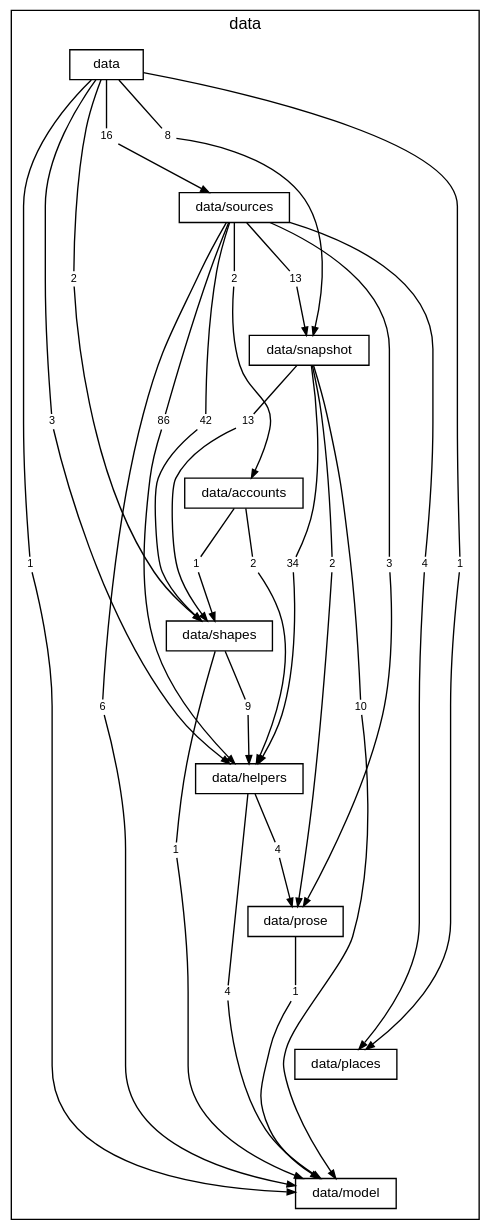
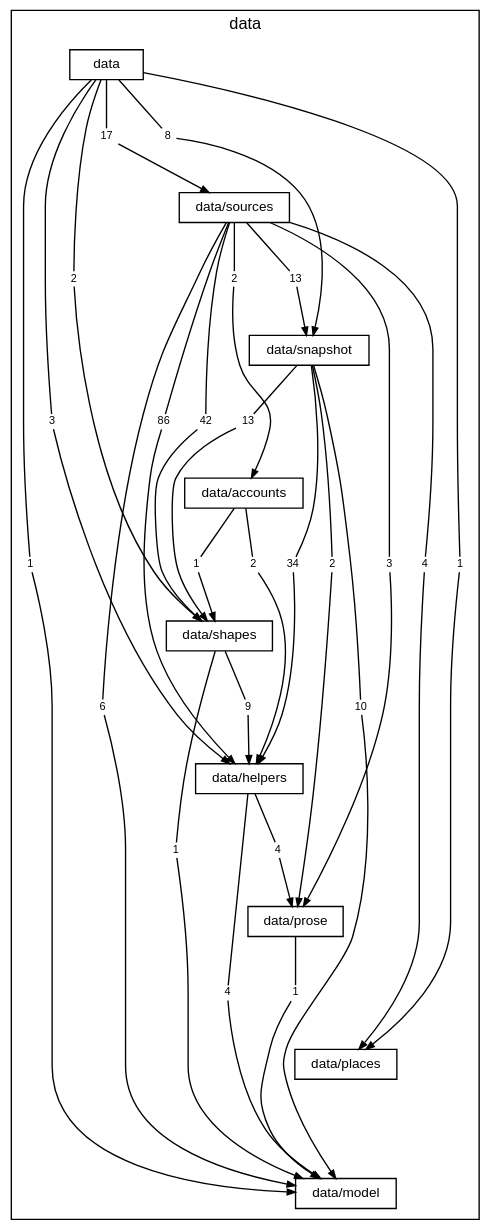
Before and after one commit to TheAxeC/oculus: the diagram in docs/diagrams/layer-data.dot, drawn with Graphviz. The commit also changed 16 other files, not shown here.

```diff
--- a/docs/diagrams/layer-data.dot
+++ b/docs/diagrams/layer-data.dot
@@ -1,97 +1,97 @@
 digraph layer_data {
     graph [bgcolor="transparent", rankdir=TB, newrank=true, mclimit=4, fontname="Helvetica", fontsize=12, nodesep=0.2, ranksep=0.5];
     node [shape=box, color="black", fontcolor="black", fontname="Helvetica", fontsize=10, height=0.3, margin="0.12,0.04"];
     edge [color="black", fontcolor="black", fontname="Helvetica", fontsize=8, arrowsize=0.6];
     subgraph "cluster_data" {
         label="data"; style=solid;
         "folder data" [label="data"];
         "folder data/sources" [label="data/sources"];
         "folder data/snapshot" [label="data/snapshot"];
         "folder data/accounts" [label="data/accounts"];
         "folder data/shapes" [label="data/shapes"];
         "folder data/helpers" [label="data/helpers"];
         "folder data/prose" [label="data/prose"];
         "folder data/places" [label="data/places"];
         "folder data/model" [label="data/model"];
         "folder data to folder data/helpers" [label="3", shape=box, color="transparent", fontsize=8, width=0, height=0, margin="0.04,0.02"];
         "folder data to folder data/model" [label="1", shape=box, color="transparent", fontsize=8, width=0, height=0, margin="0.04,0.02"];
         "folder data to folder data/places" [label="1", shape=box, color="transparent", fontsize=8, width=0, height=0, margin="0.04,0.02"];
         "folder data to folder data/shapes" [label="2", shape=box, color="transparent", fontsize=8, width=0, height=0, margin="0.04,0.02"];
         "folder data to folder data/snapshot" [label="8", shape=box, color="transparent", fontsize=8, width=0, height=0, margin="0.04,0.02"];
-        "folder data to folder data/sources" [label="16", shape=box, color="transparent", fontsize=8, width=0, height=0, margin="0.04,0.02"];
+        "folder data to folder data/sources" [label="17", shape=box, color="transparent", fontsize=8, width=0, height=0, margin="0.04,0.02"];
         "folder data/sources to folder data/accounts" [label="2", shape=box, color="transparent", fontsize=8, width=0, height=0, margin="0.04,0.02"];
         "folder data/sources to folder data/helpers" [label="86", shape=box, color="transparent", fontsize=8, width=0, height=0, margin="0.04,0.02"];
         "folder data/sources to folder data/model" [label="6", shape=box, color="transparent", fontsize=8, width=0, height=0, margin="0.04,0.02"];
         "folder data/sources to folder data/places" [label="4", shape=box, color="transparent", fontsize=8, width=0, height=0, margin="0.04,0.02"];
         "folder data/sources to folder data/prose" [label="3", shape=box, color="transparent", fontsize=8, width=0, height=0, margin="0.04,0.02"];
         "folder data/sources to folder data/shapes" [label="42", shape=box, color="transparent", fontsize=8, width=0, height=0, margin="0.04,0.02"];
         "folder data/sources to folder data/snapshot" [label="13", shape=box, color="transparent", fontsize=8, width=0, height=0, margin="0.04,0.02"];
         "folder data/snapshot to folder data/helpers" [label="34", shape=box, color="transparent", fontsize=8, width=0, height=0, margin="0.04,0.02"];
         "folder data/snapshot to folder data/model" [label="10", shape=box, color="transparent", fontsize=8, width=0, height=0, margin="0.04,0.02"];
         "folder data/snapshot to folder data/prose" [label="2", shape=box, color="transparent", fontsize=8, width=0, height=0, margin="0.04,0.02"];
         "folder data/snapshot to folder data/shapes" [label="13", shape=box, color="transparent", fontsize=8, width=0, height=0, margin="0.04,0.02"];
         "folder data/accounts to folder data/helpers" [label="2", shape=box, color="transparent", fontsize=8, width=0, height=0, margin="0.04,0.02"];
         "folder data/accounts to folder data/shapes" [label="1", shape=box, color="transparent", fontsize=8, width=0, height=0, margin="0.04,0.02"];
         "folder data/shapes to folder data/helpers" [label="9", shape=box, color="transparent", fontsize=8, width=0, height=0, margin="0.04,0.02"];
         "folder data/shapes to folder data/model" [label="1", shape=box, color="transparent", fontsize=8, width=0, height=0, margin="0.04,0.02"];
         "folder data/helpers to folder data/model" [label="4", shape=box, color="transparent", fontsize=8, width=0, height=0, margin="0.04,0.02"];
         "folder data/helpers to folder data/prose" [label="4", shape=box, color="transparent", fontsize=8, width=0, height=0, margin="0.04,0.02"];
         "folder data/prose to folder data/model" [label="1", shape=box, color="transparent", fontsize=8, width=0, height=0, margin="0.04,0.02"];
     }
     "folder data" -> "folder data/sources" [style=invis, weight=10, minlen=2];
     "folder data/sources" -> "folder data/snapshot" [style=invis, weight=10, minlen=2];
     "folder data/snapshot" -> "folder data/accounts" [style=invis, weight=10, minlen=2];
     "folder data/accounts" -> "folder data/shapes" [style=invis, weight=10, minlen=2];
     "folder data/shapes" -> "folder data/helpers" [style=invis, weight=10, minlen=2];
     "folder data/helpers" -> "folder data/prose" [style=invis, weight=10, minlen=2];
     "folder data/prose" -> "folder data/places" [style=invis, weight=10, minlen=2];
     "folder data/places" -> "folder data/model" [style=invis, weight=10, minlen=2];
     "folder data" -> "folder data to folder data/helpers" [arrowhead=none, minlen=5, weight=10];
     "folder data to folder data/helpers" -> "folder data/helpers" [];
     "folder data" -> "folder data to folder data/model" [arrowhead=none, minlen=7, weight=10];
     "folder data to folder data/model" -> "folder data/model" [];
     "folder data" -> "folder data to folder data/places" [arrowhead=none, minlen=7, weight=10];
     "folder data to folder data/places" -> "folder data/places" [];
     "folder data" -> "folder data to folder data/shapes" [arrowhead=none, minlen=3, weight=10];
     "folder data to folder data/shapes" -> "folder data/shapes" [];
     "folder data" -> "folder data to folder data/snapshot" [arrowhead=none, minlen=1, weight=10];
     "folder data to folder data/snapshot" -> "folder data/snapshot" [];
     "folder data" -> "folder data to folder data/sources" [arrowhead=none, minlen=1, weight=10];
     "folder data to folder data/sources" -> "folder data/sources" [];
     "folder data/sources" -> "folder data/sources to folder data/accounts" [arrowhead=none, minlen=1, weight=10];
     "folder data/sources to folder data/accounts" -> "folder data/accounts" [];
     "folder data/sources" -> "folder data/sources to folder data/helpers" [arrowhead=none, minlen=3, weight=10];
     "folder data/sources to folder data/helpers" -> "folder data/helpers" [];
     "folder data/sources" -> "folder data/sources to folder data/model" [arrowhead=none, minlen=7, weight=10];
     "folder data/sources to folder data/model" -> "folder data/model" [];
     "folder data/sources" -> "folder data/sources to folder data/places" [arrowhead=none, minlen=5, weight=10];
     "folder data/sources to folder data/places" -> "folder data/places" [];
     "folder data/sources" -> "folder data/sources to folder data/prose" [arrowhead=none, minlen=5, weight=10];
     "folder data/sources to folder data/prose" -> "folder data/prose" [];
     "folder data/sources" -> "folder data/sources to folder data/shapes" [arrowhead=none, minlen=3, weight=10];
     "folder data/sources to folder data/shapes" -> "folder data/shapes" [];
     "folder data/sources" -> "folder data/sources to folder data/snapshot" [arrowhead=none, minlen=1, weight=10];
     "folder data/sources to folder data/snapshot" -> "folder data/snapshot" [];
     "folder data/snapshot" -> "folder data/snapshot to folder data/helpers" [arrowhead=none, minlen=3, weight=10];
     "folder data/snapshot to folder data/helpers" -> "folder data/helpers" [];
     "folder data/snapshot" -> "folder data/snapshot to folder data/model" [arrowhead=none, minlen=5, weight=10];
     "folder data/snapshot to folder data/model" -> "folder data/model" [];
     "folder data/snapshot" -> "folder data/snapshot to folder data/prose" [arrowhead=none, minlen=3, weight=10];
     "folder data/snapshot to folder data/prose" -> "folder data/prose" [];
     "folder data/snapshot" -> "folder data/snapshot to folder data/shapes" [arrowhead=none, minlen=1, weight=10];
     "folder data/snapshot to folder data/shapes" -> "folder data/shapes" [];
     "folder data/accounts" -> "folder data/accounts to folder data/helpers" [arrowhead=none, minlen=1, weight=10];
     "folder data/accounts to folder data/helpers" -> "folder data/helpers" [];
     "folder data/accounts" -> "folder data/accounts to folder data/shapes" [arrowhead=none, minlen=1, weight=10];
     "folder data/accounts to folder data/shapes" -> "folder data/shapes" [];
     "folder data/shapes" -> "folder data/shapes to folder data/helpers" [arrowhead=none, minlen=1, weight=10];
     "folder data/shapes to folder data/helpers" -> "folder data/helpers" [];
     "folder data/shapes" -> "folder data/shapes to folder data/model" [arrowhead=none, minlen=3, weight=10];
     "folder data/shapes to folder data/model" -> "folder data/model" [];
     "folder data/helpers" -> "folder data/helpers to folder data/model" [arrowhead=none, minlen=3, weight=10];
     "folder data/helpers to folder data/model" -> "folder data/model" [];
     "folder data/helpers" -> "folder data/helpers to folder data/prose" [arrowhead=none, minlen=1, weight=10];
     "folder data/helpers to folder data/prose" -> "folder data/prose" [];
     "folder data/prose" -> "folder data/prose to folder data/model" [arrowhead=none, minlen=1, weight=10];
     "folder data/prose to folder data/model" -> "folder data/model" [];
 }
```
